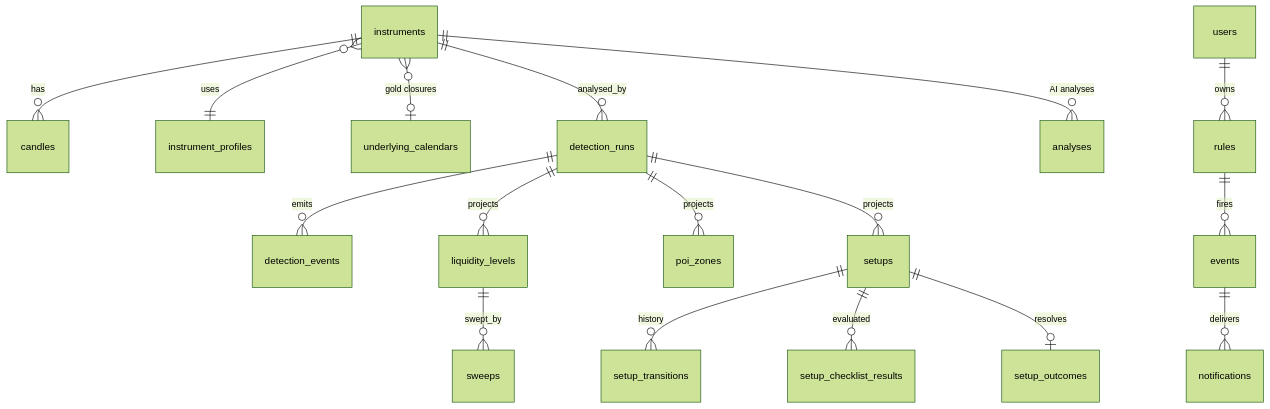
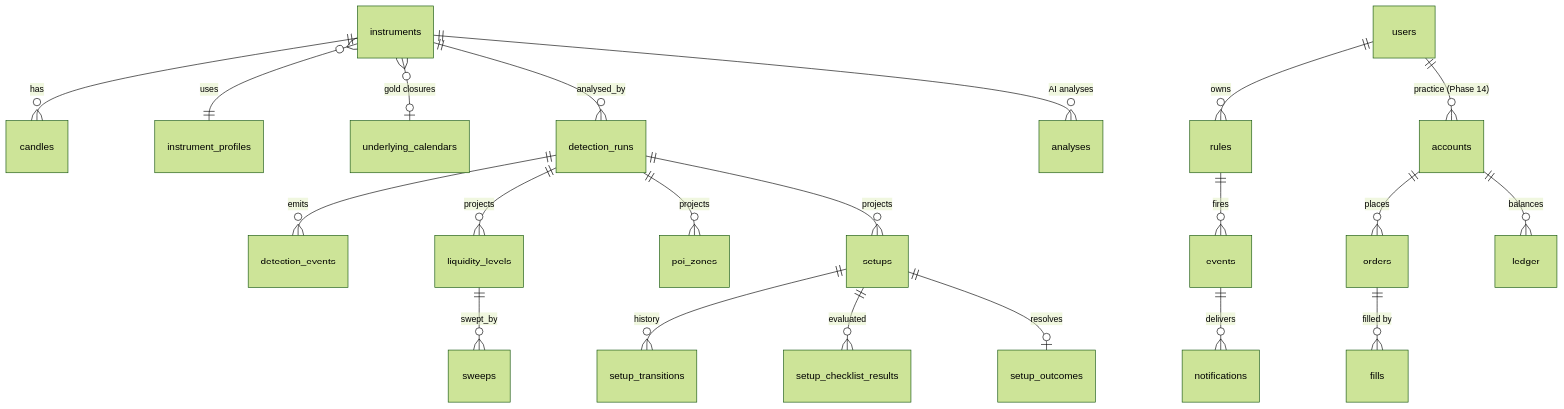
One commit to Dasun24c/crypto-intelligence-platform changed the diagram in docs/phase-0/05-data-model.md. Above: the diagram before and after it, drawn with Mermaid (forest theme). The commit also changed other lines of this file and 92 other files, not shown here.

````diff
--- a/docs/phase-0/05-data-model.md
+++ b/docs/phase-0/05-data-model.md
@@ -23,19 +23,23 @@
 ```mermaid
 erDiagram
   instruments ||--o{ candles : has
   instruments }o--|| instrument_profiles : uses
   instruments }o--o| underlying_calendars : "gold closures"
   instruments ||--o{ detection_runs : analysed_by
   detection_runs ||--o{ detection_events : emits
   detection_runs ||--o{ liquidity_levels : projects
   detection_runs ||--o{ poi_zones : projects
   detection_runs ||--o{ setups : projects
   liquidity_levels ||--o{ sweeps : swept_by
   setups ||--o{ setup_transitions : history
   setups ||--o{ setup_checklist_results : evaluated
   setups ||--o| setup_outcomes : resolves
   instruments ||--o{ analyses : "AI analyses"
   users ||--o{ rules : owns
   rules ||--o{ events : fires
   events ||--o{ notifications : delivers
+  users ||--o{ accounts : "practice (Phase 14)"
+  accounts ||--o{ orders : places
+  orders ||--o{ fills : "filled by"
+  accounts ||--o{ ledger : balances
 ```
````
